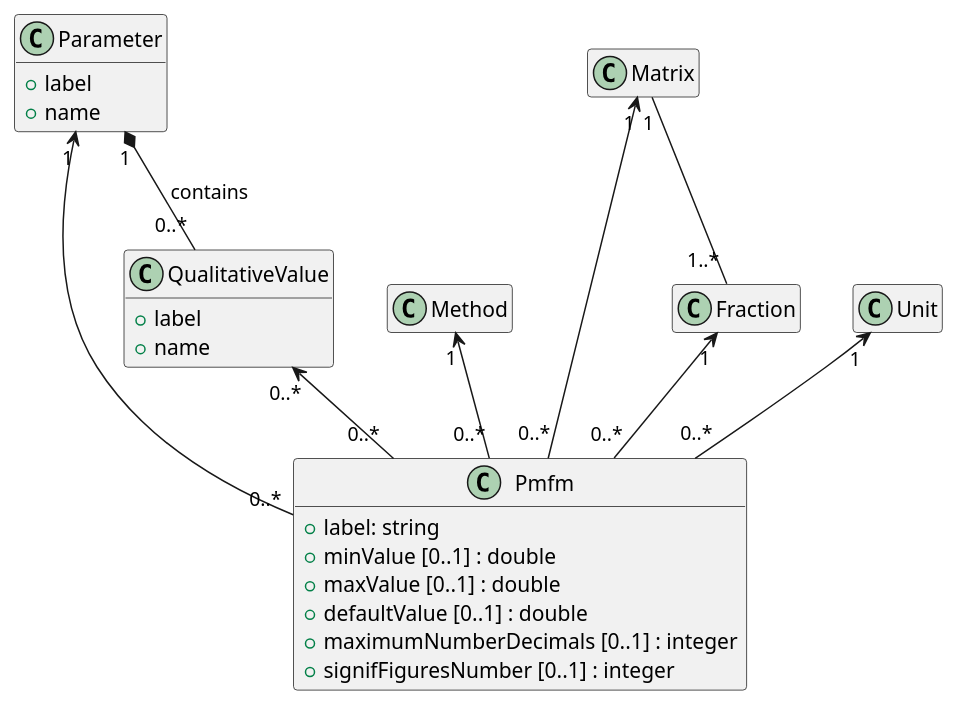
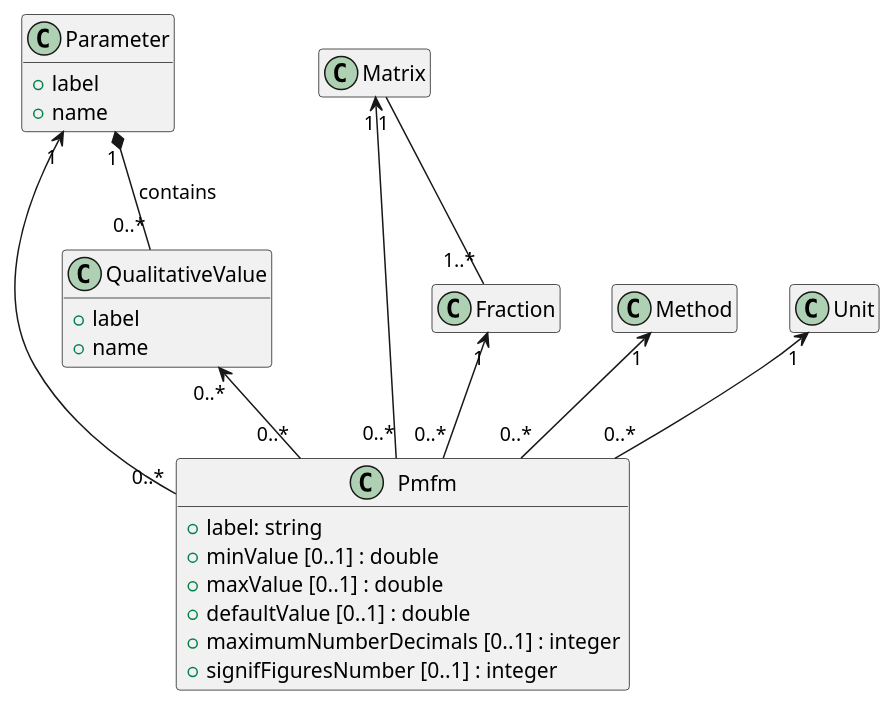
One commit to sumaris-net/sumaris-doc changed the diagram in model/referential/pmfm.puml. Above: the diagram before and after it, drawn with PlantUML. The commit also changed other lines of this file and 1 other file, not shown here.

Commit message:
[fix] Fix PMFMU diagram

```diff
--- a/model/referential/pmfm.puml
+++ b/model/referential/pmfm.puml
@@ -1,33 +1,33 @@
 @startuml
 hide empty members
 
 class Pmfm {
   +label: string
   +minValue [0..1] : double
   +maxValue [0..1] : double
   +defaultValue [0..1] : double
   +maximumNumberDecimals [0..1] : integer
   +signifFiguresNumber [0..1] : integer
 }
 
 class Parameter {
   +label
   +name
 }
 
 class QualitativeValue {
   +label
   +name
 }
 
-Method "1" <-down- "0..*" Pmfm
 Matrix "1" <-down- "0..*" Pmfm
 Fraction "1" <-down- "0..*" Pmfm
+Method "1" <-down- "0..*" Pmfm
 QualitativeValue "0..*" <-down- "0..*" Pmfm
 Unit "1" <-down- "0..*" Pmfm
 Parameter "1" <-down- "0..*" Pmfm
 
 Matrix "1" -- "1..*" Fraction
 Parameter "1" *-- "0..*" QualitativeValue : contains
 
 @enduml
```
